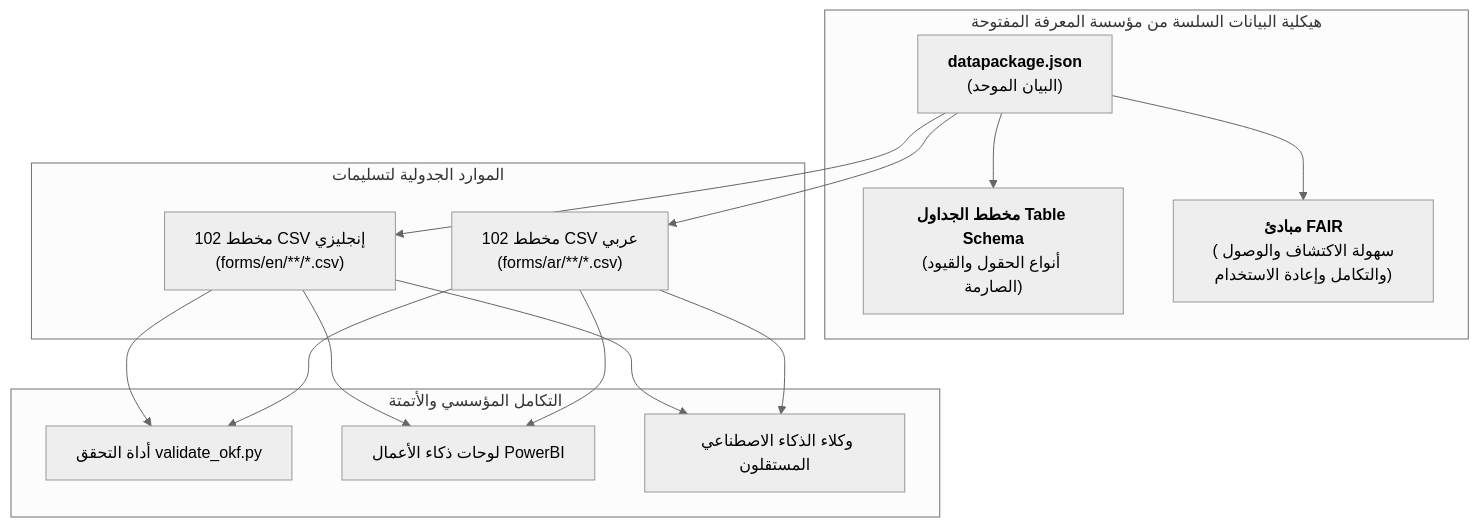
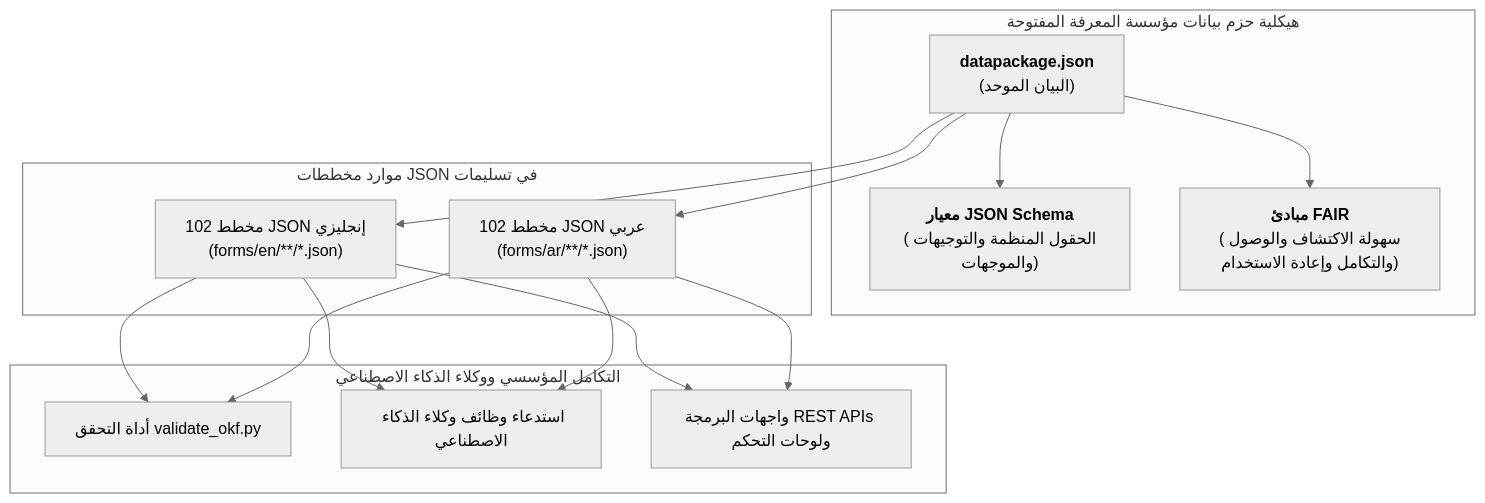
Before and after one commit to fakhruldeen/Tasleemat: the diagram in docs/ar/12_open_knowledge_framework.md, drawn with Mermaid (neutral theme). The commit also changed other lines of this file and 4 other files, not shown here.

Commit message:
feat(okf): switch Frictionless Data Package to native JSON Schema catalog

````diff
--- a/docs/ar/12_open_knowledge_framework.md
+++ b/docs/ar/12_open_knowledge_framework.md
@@ -20,26 +20,26 @@
 ```mermaid
 flowchart TD
-    subgraph "هيكلية البيانات السلسة من مؤسسة المعرفة المفتوحة"
+    subgraph "هيكلية حزم بيانات مؤسسة المعرفة المفتوحة"
         DP["<b>datapackage.json</b><br/>(البيان الموحد)"]
-        TS["<b>مخطط الجداول Table Schema</b><br/>(أنواع الحقول والقيود الصارمة)"]
+        JS["<b>معيار JSON Schema</b><br/>(الحقول المنظمة والتوجيهات والموجهات)"]
         FAIR["<b>مبادئ FAIR</b><br/>(سهولة الاكتشاف والوصول والتكامل وإعادة الاستخدام)"]
-        DP --> TS
+        DP --> JS
         DP --> FAIR
     end
 
-    subgraph "الموارد الجدولية لتسليمات"
-        EN_RES["102 مخطط CSV إنجليزي<br/>(forms/en/**/*.csv)"]
-        AR_RES["102 مخطط CSV عربي<br/>(forms/ar/**/*.csv)"]
+    subgraph "موارد مخططات JSON في تسليمات"
+        EN_RES["102 مخطط JSON إنجليزي<br/>(forms/en/**/*.json)"]
+        AR_RES["102 مخطط JSON عربي<br/>(forms/ar/**/*.json)"]
         DP --> EN_RES
         DP --> AR_RES
     end
 
-    subgraph "التكامل المؤسسي والأتمتة"
+    subgraph "التكامل المؤسسي ووكلاء الذكاء الاصطناعي"
         V["أداة التحقق validate_okf.py"]
-        BI["لوحات ذكاء الأعمال PowerBI"]
-        LLM["وكلاء الذكاء الاصطناعي المستقلون"]
+        LLM["استدعاء وظائف وكلاء الذكاء الاصطناعي"]
+        API["واجهات البرمجة REST APIs ولوحات التحكم"]
         EN_RES & AR_RES --> V
-        EN_RES & AR_RES --> BI
         EN_RES & AR_RES --> LLM
+        EN_RES & AR_RES --> API
     end
 ```
````
